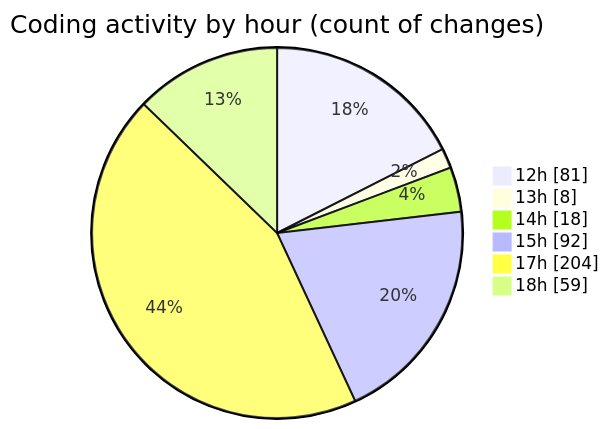
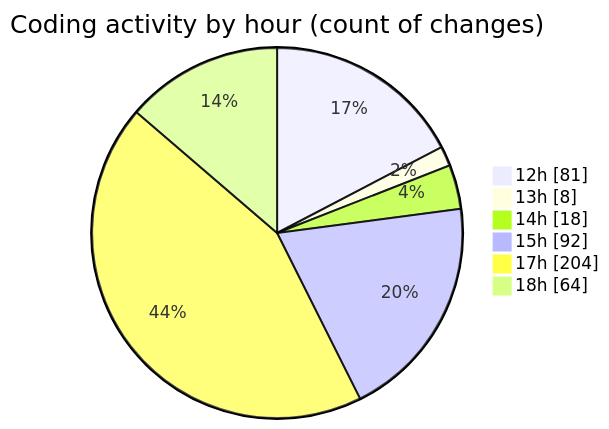
Before and after one commit to Ritupan-Deka/code-tracking: the second of 2 diagrams in 2025-12-28/rust/README.md, drawn with Mermaid. The commit also changed other lines of this file and 1 other file, not shown here.

````diff
--- a/2025-12-28/rust/README.md
+++ b/2025-12-28/rust/README.md
@@ -31,10 +31,10 @@
 ```mermaid
 pie showData
 title Coding activity by hour (count of changes)
 "12h" : 81
 "13h" : 8
 "14h" : 18
 "15h" : 92
 "17h" : 204
-"18h" : 59
+"18h" : 64
 ```
````
